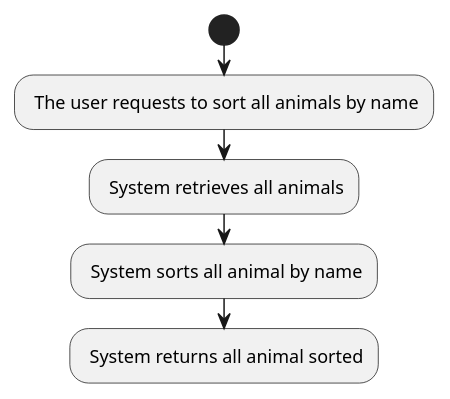
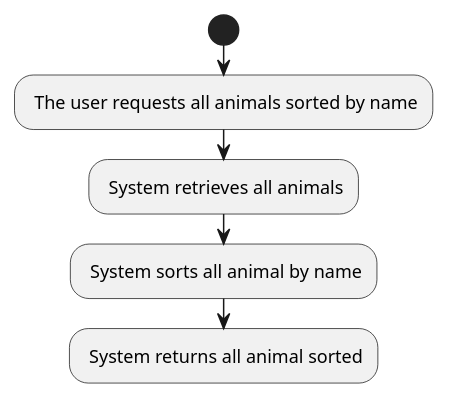
The diagram in analysis/getAllAnimalsSortedByName/flowchart_getAllAnimalsSortedByName.puml (Hanagami3/Vaccination-Maxime), drawn with PlantUML before and after one commit. The commit also changed 24 other files, not shown here.

```diff
--- a/analysis/getAllAnimalsSortedByName/flowchart_getAllAnimalsSortedByName.puml
+++ b/analysis/getAllAnimalsSortedByName/flowchart_getAllAnimalsSortedByName.puml
@@ -1,9 +1,9 @@
 @startuml
 
 start
-: The user requests to sort all animals by name;
+: The user requests all animals sorted by name;
 : System retrieves all animals;
 : System sorts all animal by name;
 : System returns all animal sorted;
 
 @enduml
```
